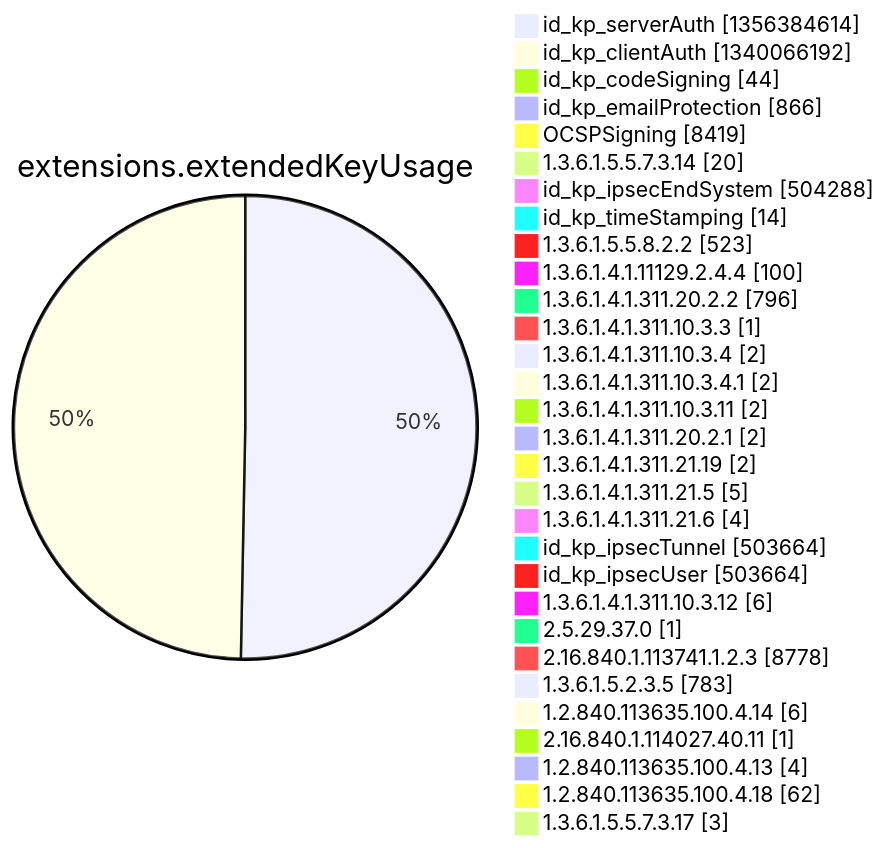
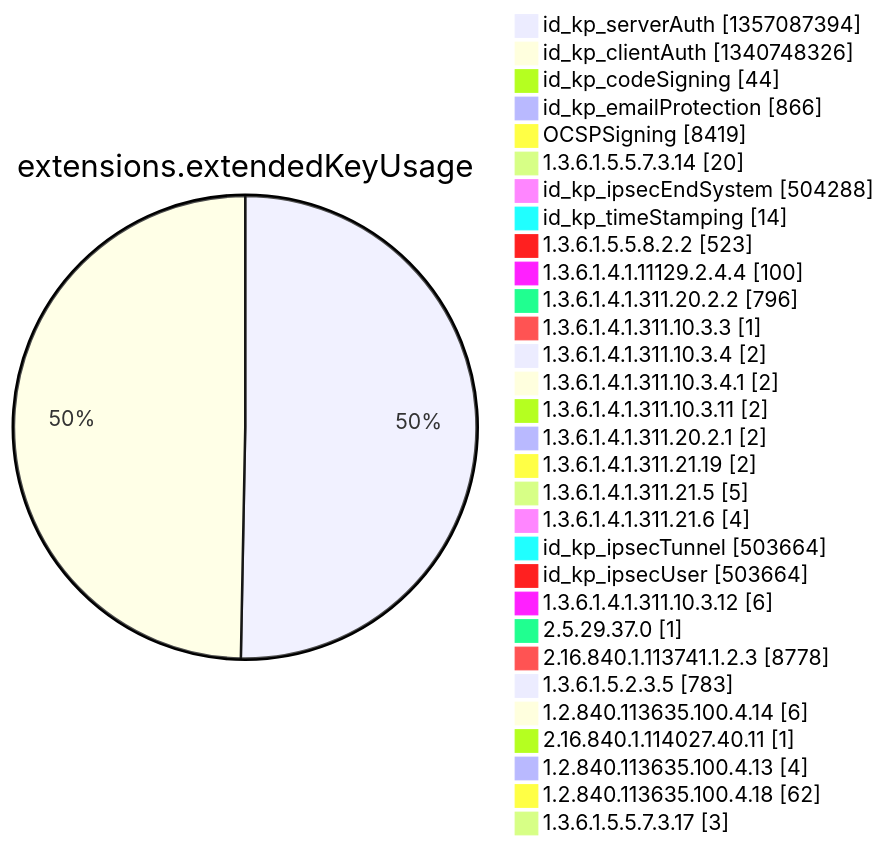
Before and after one commit to christiankrug/ctmonitor_visualization: diagram 12 of 15 in argon2022/README.md, drawn with Mermaid. The commit also changed other lines of this file, not shown here.

````diff
--- a/argon2022/README.md
+++ b/argon2022/README.md
@@ -3553,34 +3553,34 @@
 ```mermaid
 pie showData
 title extensions.extendedKeyUsage
-"id_kp_serverAuth" :1356384614
-"id_kp_clientAuth" :1340066192
+"id_kp_serverAuth" :1357087394
+"id_kp_clientAuth" :1340748326
 "id_kp_codeSigning" :44
 "id_kp_emailProtection" :866
 "OCSPSigning" :8419
 "1.3.6.1.5.5.7.3.14" :20
 "id_kp_ipsecEndSystem" :504288
 "id_kp_timeStamping" :14
 "1.3.6.1.5.5.8.2.2" :523
 "1.3.6.1.4.1.11129.2.4.4" :100
 "1.3.6.1.4.1.311.20.2.2" :796
 "1.3.6.1.4.1.311.10.3.3" :1
 "1.3.6.1.4.1.311.10.3.4" :2
 "1.3.6.1.4.1.311.10.3.4.1" :2
 "1.3.6.1.4.1.311.10.3.11" :2
 "1.3.6.1.4.1.311.20.2.1" :2
 "1.3.6.1.4.1.311.21.19" :2
 "1.3.6.1.4.1.311.21.5" :5
 "1.3.6.1.4.1.311.21.6" :4
 "id_kp_ipsecTunnel" :503664
 "id_kp_ipsecUser" :503664
 "1.3.6.1.4.1.311.10.3.12" :6
 "2.5.29.37.0" :1
 "2.16.840.1.113741.1.2.3" :8778
 "1.3.6.1.5.2.3.5" :783
 "1.2.840.113635.100.4.14" :6
 "2.16.840.1.114027.40.11" :1
 "1.2.840.113635.100.4.13" :4
 "1.2.840.113635.100.4.18" :62
 "1.3.6.1.5.5.7.3.17" :3
 ```
````
